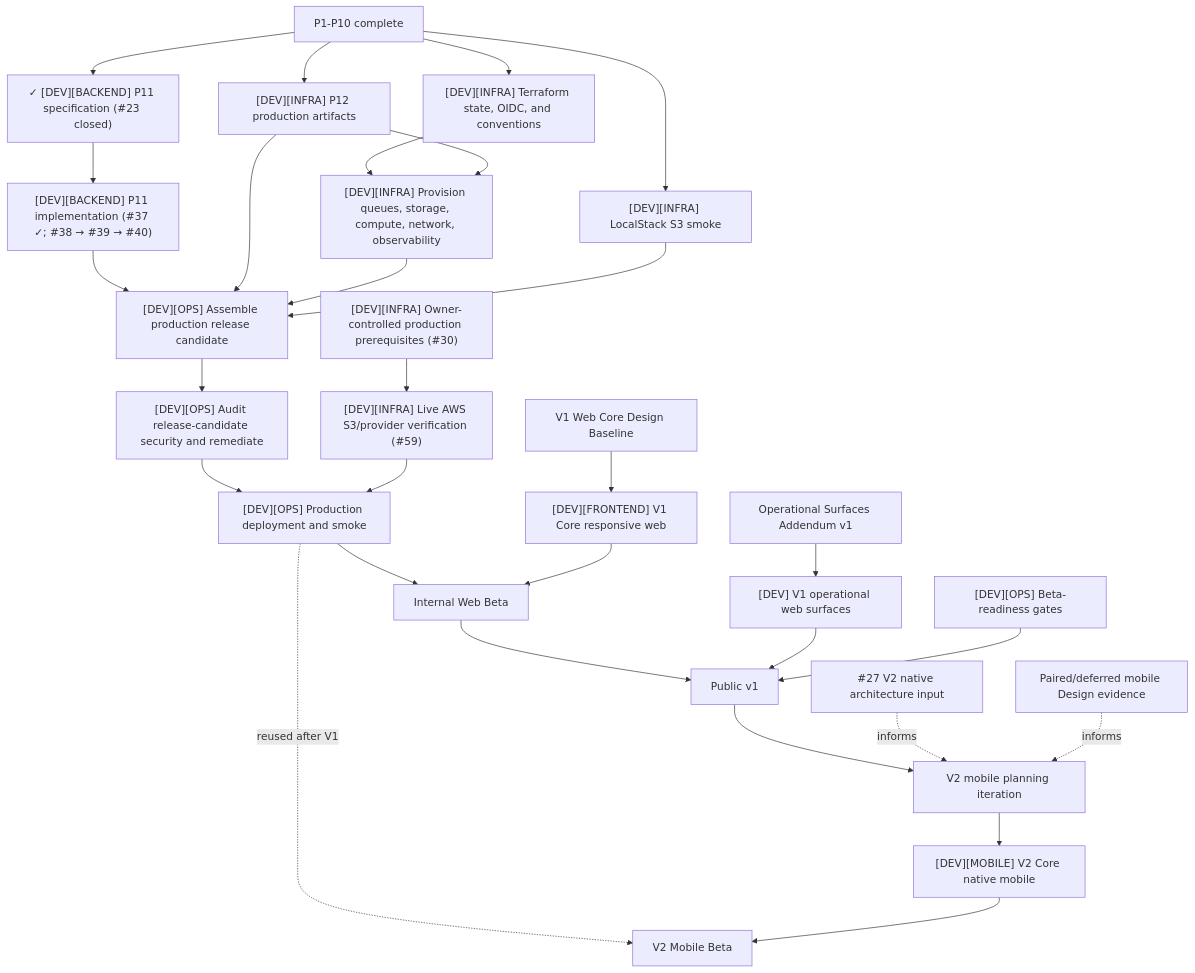
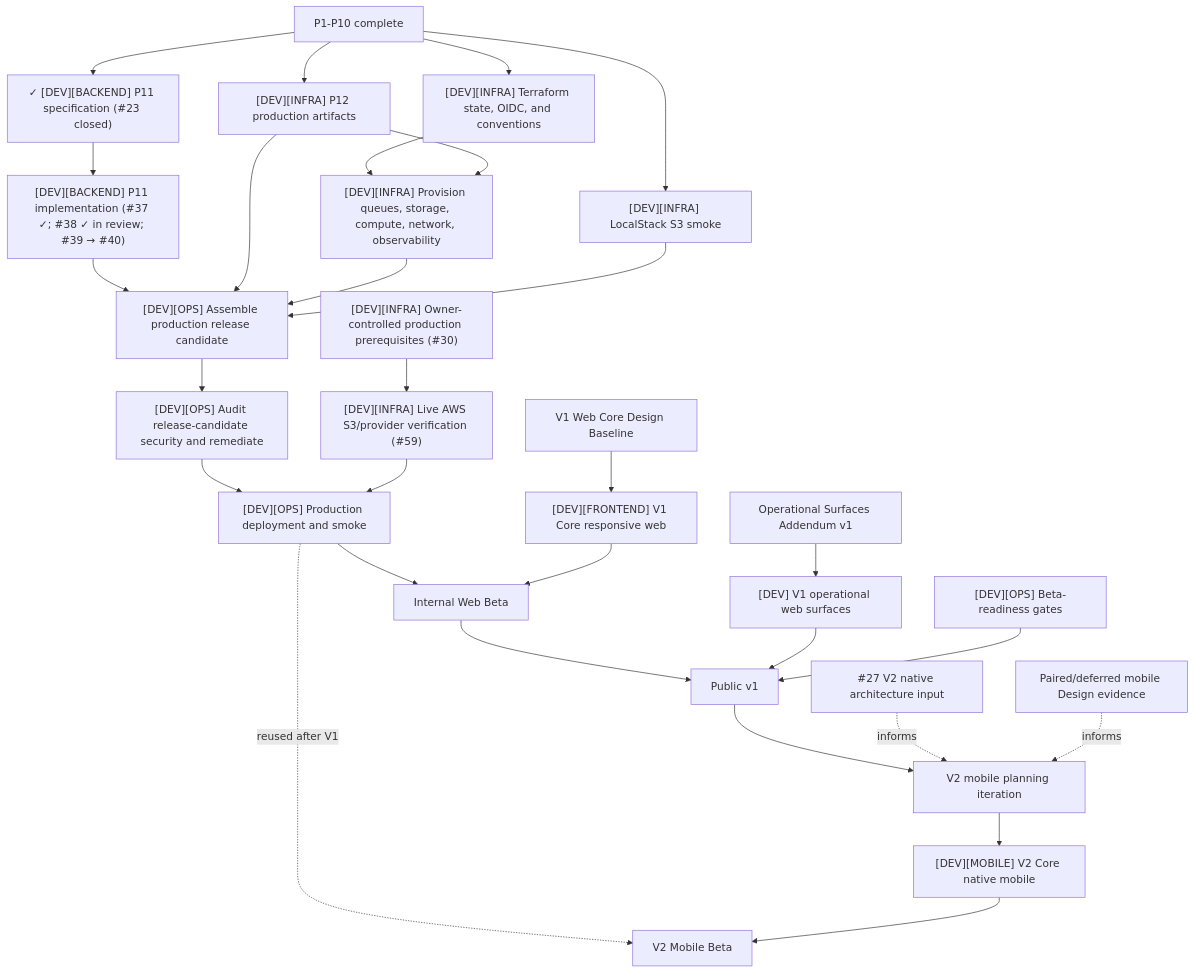
The diagram in docs/architecture/production-roadmap.md (starkovalera/recipe-manager), drawn with Mermaid before and after one commit. The commit also changed other lines of this file and 4 other files, not shown here.

````diff
--- a/docs/architecture/production-roadmap.md
+++ b/docs/architecture/production-roadmap.md
@@ -215,38 +215,38 @@
 ```mermaid
 flowchart TD
   p10["P1-P10 complete"]
   p10 --> p11Spec["✓ [DEV][BACKEND] P11 specification (#23 closed)"]
-  p11Spec --> p11Implementation["[DEV][BACKEND] P11 implementation (#37 ✓; #38 → #39 → #40)"]
+  p11Spec --> p11Implementation["[DEV][BACKEND] P11 implementation (#37 ✓; #38 ✓ in review; #39 → #40)"]
   p10 --> p12["[DEV][INFRA] P12 production artifacts"]
   p10 --> localstack["[DEV][INFRA] LocalStack S3 smoke"]
   p10 --> tfFoundation["[DEV][INFRA] Terraform state, OIDC, and conventions"]
   ownerInputs["[DEV][INFRA] Owner-controlled production prerequisites (#30)"]
   ownerInputs --> liveAws["[DEV][INFRA] Live AWS S3/provider verification (#59)"]
 
   tfFoundation --> cloudResources["[DEV][INFRA] Provision queues, storage, compute, network, observability"]
   p12 --> cloudResources
 
   p11Implementation --> releaseCandidate["[DEV][OPS] Assemble production release candidate"]
   p12 --> releaseCandidate
   cloudResources --> releaseCandidate
   localstack --> releaseCandidate
   releaseCandidate --> security["[DEV][OPS] Audit release-candidate security and remediate"]
   security --> technicalProd["[DEV][OPS] Production deployment and smoke"]
   liveAws --> technicalProd
 
   designCore["V1 Web Core Design Baseline"] --> web["[DEV][FRONTEND] V1 Core responsive web"]
   technicalProd --> webBeta["Internal Web Beta"]
   web --> webBeta
 
   designOps["Operational Surfaces Addendum v1"] --> operationalClients["[DEV] V1 operational web surfaces"]
   webBeta --> publicV1["Public v1"]
   operationalClients --> publicV1
   beta["[DEV][OPS] Beta-readiness gates"] --> publicV1
 
   publicV1 --> v2Planning["V2 mobile planning iteration"]
   mobileResearch["#27 V2 native architecture input"] -. informs .-> v2Planning
   pairedDesign["Paired/deferred mobile Design evidence"] -. informs .-> v2Planning
   v2Planning --> mobile["[DEV][MOBILE] V2 Core native mobile"]
   technicalProd -. reused after V1 .-> mobileBeta["V2 Mobile Beta"]
   mobile --> mobileBeta
 ```
````
